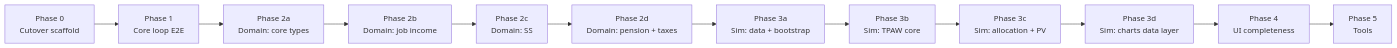
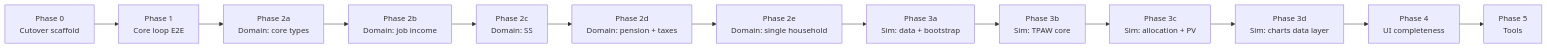
The diagram in docs/superpowers/plans/2026-06-12-rebuild-index.md (chriskelly/LifeFinances), drawn with Mermaid before and after one commit. The commit also changed other lines of this file and 17 other files, not shown here.

First line of the commit message:
feat(domain): Phase 2d pension and income-side taxes (#184)

````diff
--- a/docs/superpowers/plans/2026-06-12-rebuild-index.md
+++ b/docs/superpowers/plans/2026-06-12-rebuild-index.md
@@ -44,18 +48,19 @@
 ```mermaid
 flowchart LR
   P0[Phase 0\nCutover scaffold]
   P1[Phase 1\nCore loop E2E]
   P2a[Phase 2a\nDomain: core types]
   P2b[Phase 2b\nDomain: job income]
   P2c[Phase 2c\nDomain: SS]
   P2d[Phase 2d\nDomain: pension + taxes]
+  P2e[Phase 2e\nDomain: single household]
   P3a[Phase 3a\nSim: data + bootstrap]
   P3b[Phase 3b\nSim: TPAW core]
   P3c[Phase 3c\nSim: allocation + PV]
   P3d[Phase 3d\nSim: charts data layer]
   P4[Phase 4\nUI completeness]
   P5[Phase 5\nTools]
 
-  P0 --> P1 --> P2a --> P2b --> P2c --> P2d
-  P2d --> P3a --> P3b --> P3c --> P3d --> P4 --> P5
+  P0 --> P1 --> P2a --> P2b --> P2c --> P2d --> P2e
+  P2e --> P3a --> P3b --> P3c --> P3d --> P4 --> P5
 ```
````
